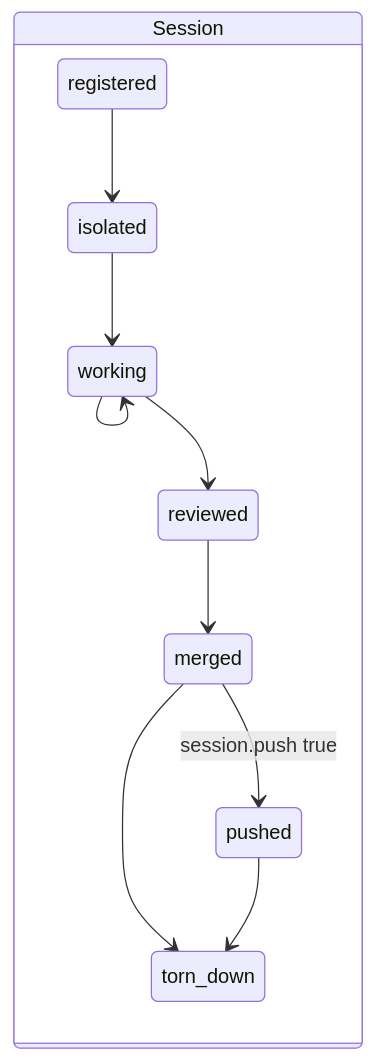
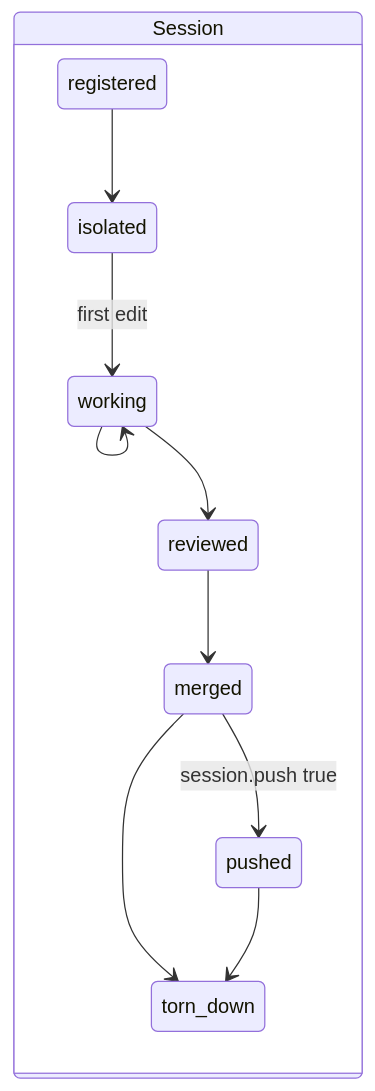
The first of 2 diagrams in docs/guide/workflow.md (Mindchallenges/Invariant), drawn with Mermaid before and after one commit. The commit also changed other lines of this file and 9 other files, not shown here.

First line of the commit message:
BUG_062 — the first edit in a session's worktree advances it to working

````diff
--- a/docs/guide/workflow.md
+++ b/docs/guide/workflow.md
@@ -10,14 +10,14 @@
 ```mermaid
 stateDiagram-v2
     direction LR
     state Session {
         registered --> isolated
-        isolated --> working
+        isolated --> working : first edit
         working --> working
         working --> reviewed
         reviewed --> merged
         merged --> torn_down
         merged --> pushed : session.push true
         pushed --> torn_down
     }
 ```
````
